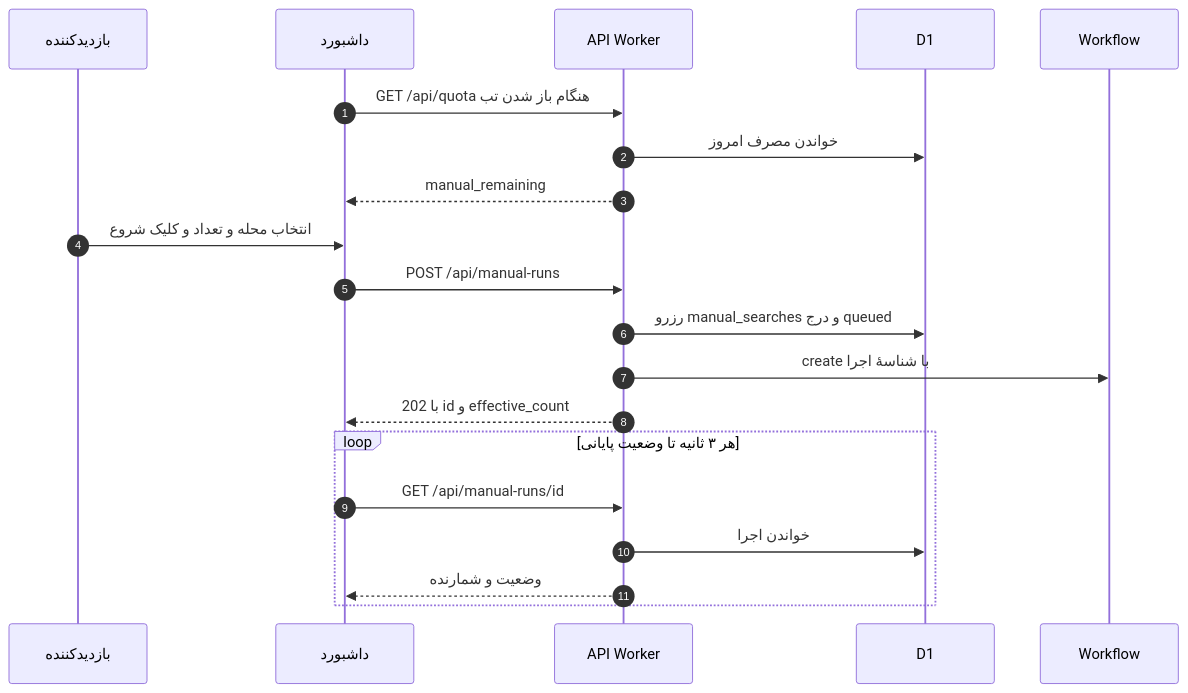
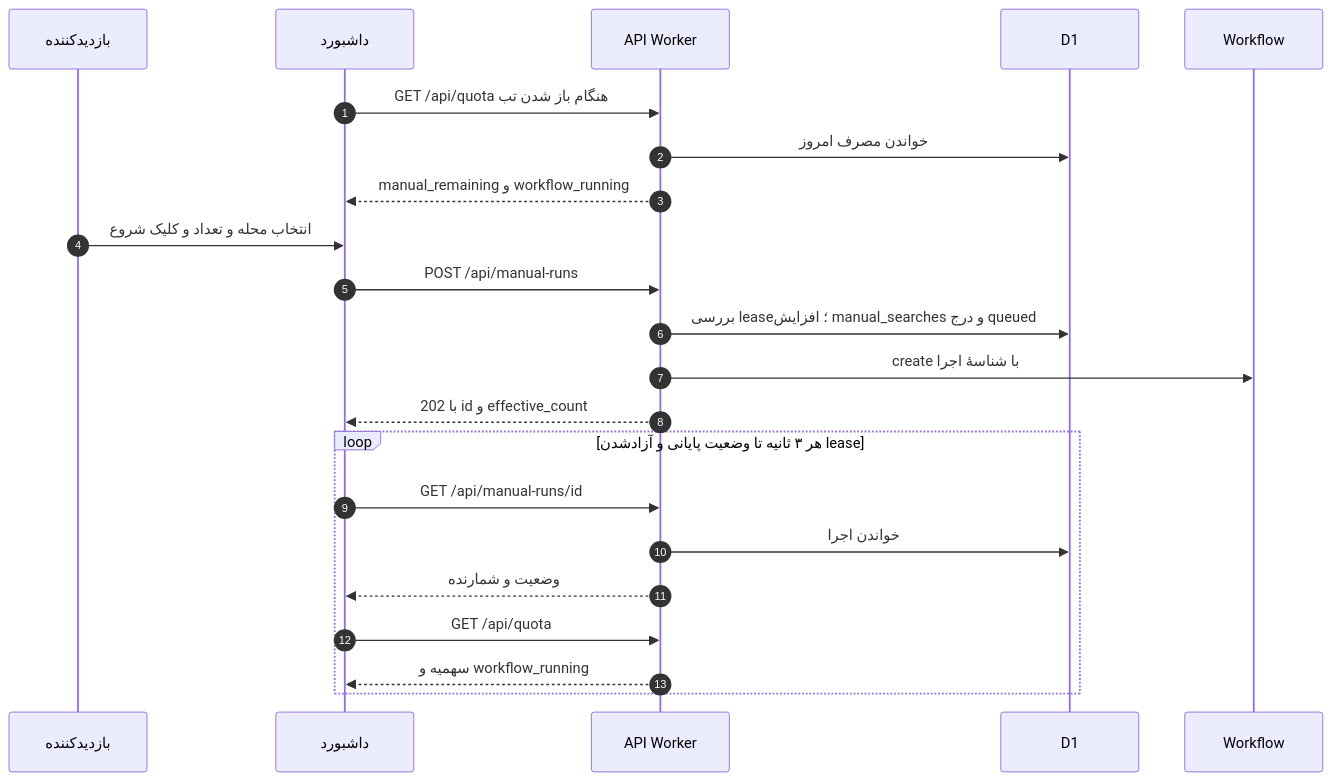
Before and after one commit to f4r6d/divar-housing-finder: diagram 11 of 16 in OOAD_MANUAL_FETCH_FA.md, drawn with Mermaid. The commit also changed other lines of this file and 3 other files, not shown here.

````diff
--- a/OOAD_MANUAL_FETCH_FA.md
+++ b/OOAD_MANUAL_FETCH_FA.md
@@ -881,23 +904,25 @@
 ```mermaid
 sequenceDiagram
   autonumber
   participant V as بازدیدکننده
   participant UI as داشبورد
   participant API as API Worker
   participant DB as D1
   participant WF as Workflow
 
   UI->>API: GET /api/quota هنگام باز شدن تب
   API->>DB: خواندن مصرف امروز
-  API-->>UI: manual_remaining
+  API-->>UI: manual_remaining و workflow_running
   V->>UI: انتخاب محله و تعداد و کلیک شروع
   UI->>API: POST /api/manual-runs
-  API->>DB: رزرو manual_searches و درج queued
+  API->>DB: بررسی lease؛ افزایش manual_searches و درج queued
   API->>WF: create با شناسهٔ اجرا
   API-->>UI: 202 با id و effective_count
-  loop هر ۳ ثانیه تا وضعیت پایانی
+  loop هر ۳ ثانیه تا وضعیت پایانی و آزادشدن lease
     UI->>API: GET /api/manual-runs/id
     API->>DB: خواندن اجرا
     API-->>UI: وضعیت و شمارنده
+    UI->>API: GET /api/quota
+    API-->>UI: سهمیه و workflow_running
   end
 ```
````
